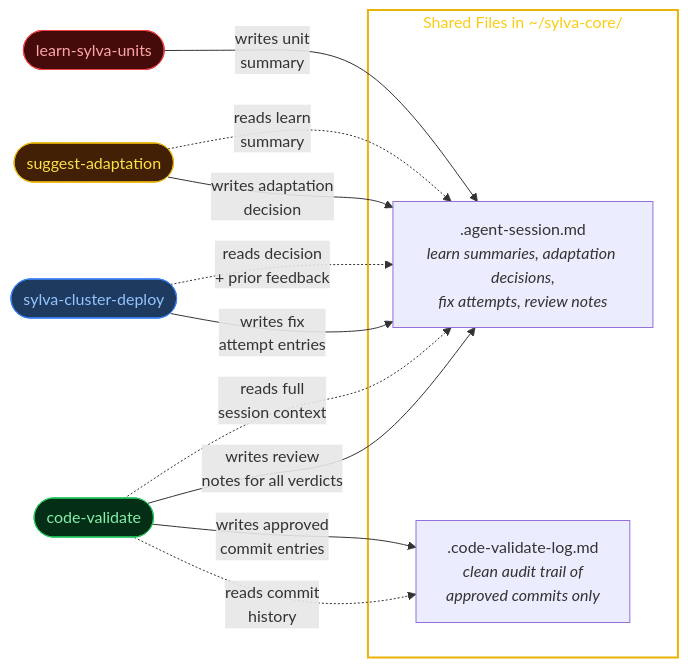
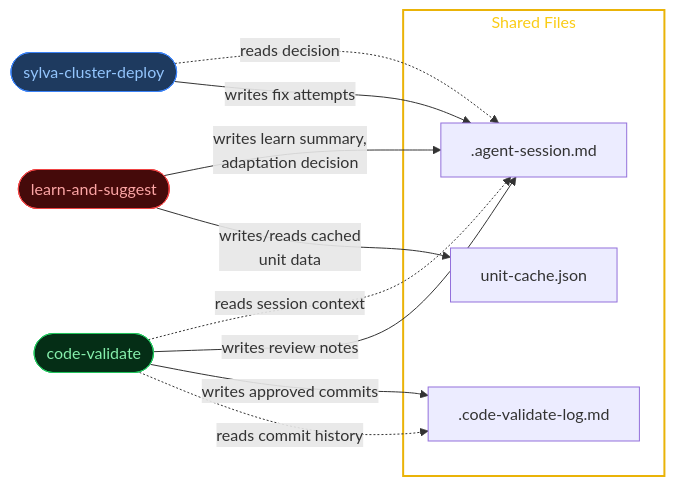
The second of 3 diagrams in README.md (AbhishekBandarupalle/claude-skills), drawn with Mermaid before and after one commit. The commit also changed other lines of this file and 10 other files, not shown here.

First line of the commit message:
Optimize agent tokens: merge learn+suggest, split deploy, add /sylva dispatcher

````diff
--- a/README.md
+++ b/README.md
@@ -153,28 +167,26 @@
 ```mermaid
 flowchart LR
-    subgraph files ["Shared Files in ~/sylva-core/"]
-        Session[".agent-session.md<br/><i>learn summaries, adaptation decisions,<br/>fix attempts, review notes</i>"]
-        Log[".code-validate-log.md<br/><i>clean audit trail of<br/>approved commits only</i>"]
+    subgraph files ["Shared Files"]
+        Session[".agent-session.md"]
+        Log[".code-validate-log.md"]
+        UnitCache["unit-cache.json"]
     end
 
-    LearnAgent([learn-sylva-units]):::learn
-    SuggestAgent([suggest-adaptation]):::suggest
-    DeployAgent([sylva-cluster-deploy]):::deploy
-    ValidateAgent([code-validate]):::validate
+    LS([learn-and-suggest]):::learn
+    Deploy([sylva-cluster-deploy]):::deploy
+    CV([code-validate]):::validate
 
-    LearnAgent -->|writes unit<br/>summary| Session
-    SuggestAgent -.->|reads learn<br/>summary| Session
-    SuggestAgent -->|writes adaptation<br/>decision| Session
-    DeployAgent -.->|reads decision<br/>+ prior feedback| Session
-    DeployAgent -->|writes fix<br/>attempt entries| Session
-    ValidateAgent -.->|reads full<br/>session context| Session
-    ValidateAgent -->|writes review<br/>notes for all verdicts| Session
-    ValidateAgent -->|writes approved<br/>commit entries| Log
-    ValidateAgent -.->|reads commit<br/>history| Log
+    LS -->|writes learn summary,<br/>adaptation decision| Session
+    LS -->|writes/reads cached<br/>unit data| UnitCache
+    Deploy -.->|reads decision| Session
+    Deploy -->|writes fix attempts| Session
+    CV -.->|reads session context| Session
+    CV -->|writes review notes| Session
+    CV -->|writes approved commits| Log
+    CV -.->|reads commit history| Log
 
     classDef learn fill:#450a0a,color:#fca5a5,stroke:#ef4444
-    classDef suggest fill:#422006,color:#fde047,stroke:#eab308
     classDef deploy fill:#1e3a5f,color:#93c5fd,stroke:#3b82f6
     classDef validate fill:#052e16,color:#86efac,stroke:#22c55e
     style files fill:none,stroke:#eab308,stroke-width:2px,color:#facc15
 ```
````
